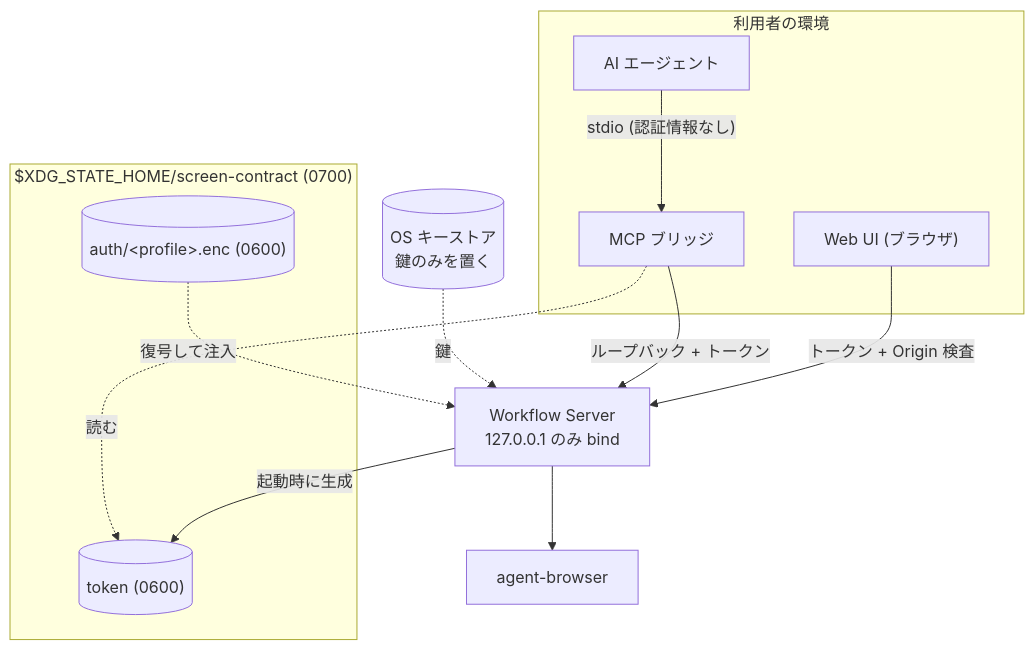
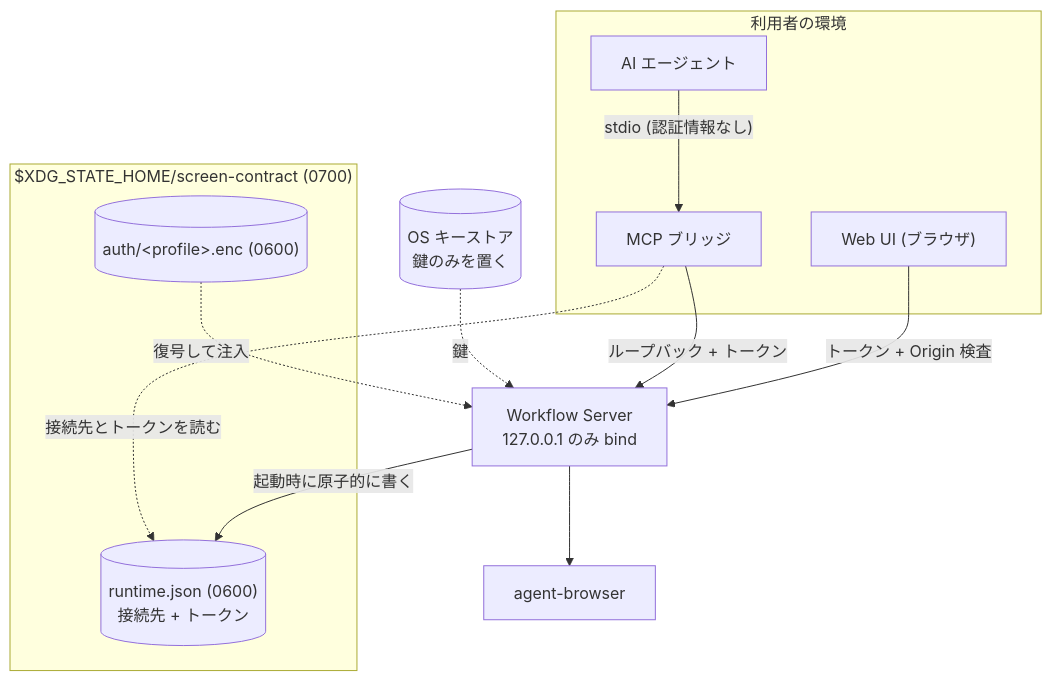
One commit to Fukuemon/screen-contract changed the diagram in context/infrastructure.md. Above: the diagram before and after it, drawn with Mermaid. The commit also changed other lines of this file and 3 other files, not shown here.

````diff
--- a/context/infrastructure.md
+++ b/context/infrastructure.md
@@ -47,27 +69,27 @@
 ```mermaid
 flowchart TD
     subgraph client["利用者の環境"]
         web["Web UI (ブラウザ)"]
         agent["AI エージェント"]
         bridge["MCP ブリッジ"]
     end
 
     subgraph state["$XDG_STATE_HOME/screen-contract (0700)"]
-        token[("token (0600)")]
+        rt[("runtime.json (0600)<br/>接続先 + トークン")]
         enc[("auth/&lt;profile&gt;.enc (0600)")]
     end
 
     keystore[("OS キーストア<br/>鍵のみを置く")]
     server["Workflow Server<br/>127.0.0.1 のみ bind"]
     ab["agent-browser"]
 
-    server -->|"起動時に生成"| token
+    server -->|"起動時に原子的に書く"| rt
     web -->|"トークン + Origin 検査"| server
     agent -->|"stdio (認証情報なし)"| bridge
     bridge -->|"ループバック + トークン"| server
-    bridge -.->|"読む"| token
+    bridge -.->|"接続先とトークンを読む"| rt
 
     keystore -.->|"鍵"| server
     enc -.->|"復号して注入"| server
     server --> ab
 ```
````
